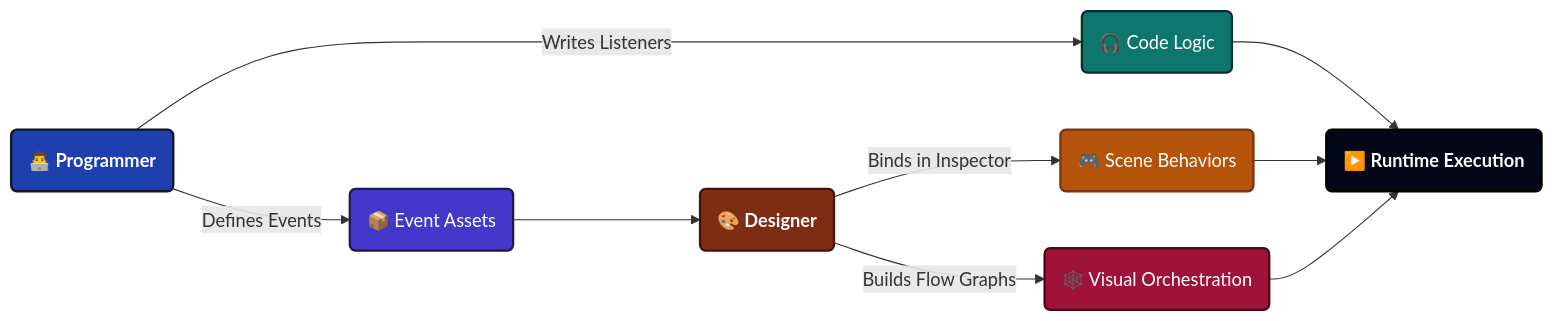
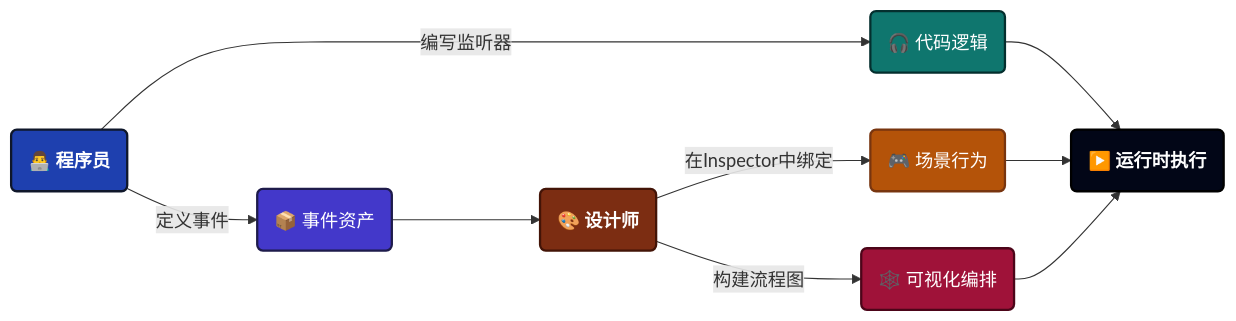
The diagram in i18n/zh/docusaurus-plugin-content-docs/current/game-event-system/intro/overview.md (tinygiants-tech/TinyGiants), drawn with Mermaid before and after one commit. The commit also changed other lines of this file and 5 other files, not shown here.

````diff
--- a/i18n/zh/docusaurus-plugin-content-docs/current/game-event-system/intro/overview.md
+++ b/i18n/zh/docusaurus-plugin-content-docs/current/game-event-system/intro/overview.md
@@ -54,32 +57,32 @@
 ```mermaid
 graph LR
 
     classDef programmer fill:#1e40af,stroke:#0f172a,stroke-width:2px,color:#ffffff,font-weight:bold
     classDef asset fill:#4338ca,stroke:#1e1b4b,stroke-width:2px,color:#ffffff
     classDef code fill:#0f766e,stroke:#042f2e,stroke-width:2px,color:#ffffff
     classDef designer fill:#7c2d12,stroke:#431407,stroke-width:2px,color:#ffffff,font-weight:bold
     classDef scene fill:#b45309,stroke:#78350f,stroke-width:2px,color:#ffffff
     classDef visual fill:#9f1239,stroke:#4c0519,stroke-width:2px,color:#ffffff
     classDef runtime fill:#020617,stroke:#000000,stroke-width:2px,color:#ffffff,font-weight:bold
 
-    A(👨‍💻 Programmer):::programmer
-    B(📦 Event Assets):::asset
-    C(🎧 Code Logic):::code
+    A(👨‍💻 程序员):::programmer
+    B(📦 事件资产):::asset
+    C(🎧 代码逻辑):::code
 
-    D(🎨 Designer):::designer
-    E(🎮 Scene Behaviors):::scene
-    F(🕸️ Visual Orchestration):::visual
+    D(🎨 设计师):::designer
+    E(🎮 场景行为):::scene
+    F(🕸️ 可视化编排):::visual
 
-    G(▶️ Runtime Execution):::runtime
+    G(▶️ 运行时执行):::runtime
 
-    A -->|Defines Events| B
-    A -->|Writes Listeners| C
+    A -->|定义事件| B
+    A -->|编写监听器| C
 
     B --> D
-    D -->|Binds in Inspector| E
-    D -->|Builds Flow Graphs| F
+    D -->|在Inspector中绑定| E
+    D -->|构建流程图| F
 
     C --> G
     E --> G
     F --> G
 ```
````
